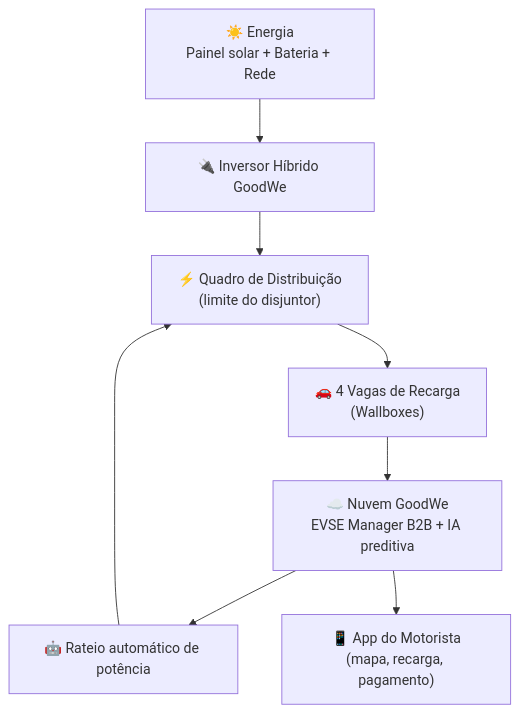
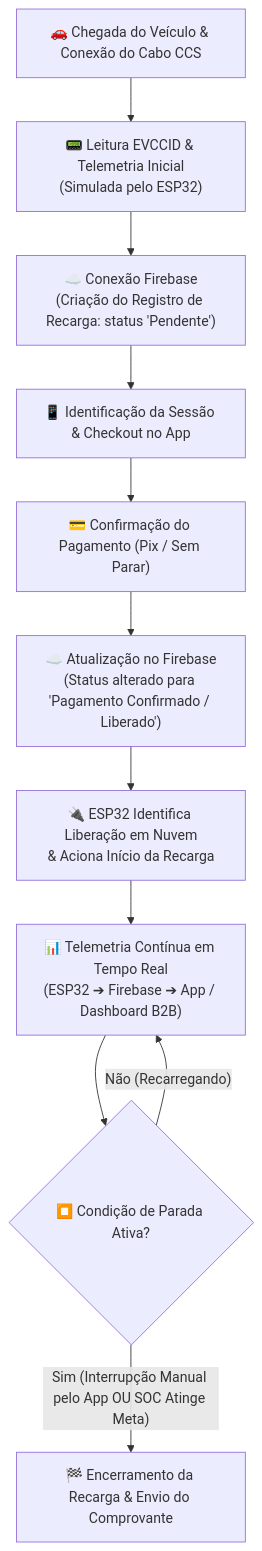
One commit to thiagosoalheiro/SPRINT_3_PROTOTIPAGEM_FUNCIONAL_E_INTEGRACAO changed the diagram in README.md. Above: the diagram before and after it, drawn with Mermaid. The commit also changed other lines of this file, not shown here.

First line of the commit message:
Revise architecture section and enhance flow details

````diff
--- a/README.md
+++ b/README.md
@@ -141,10 +141,14 @@
 ```mermaid
 flowchart TD
-    A["☀️ Energia<br>Painel solar + Bateria + Rede"] --> B["🔌 Inversor Híbrido GoodWe"]
-    B --> C["⚡ Quadro de Distribuição<br>(limite do disjuntor)"]
-    C --> D["🚗 4 Vagas de Recarga<br>(Wallboxes)"]
-    D --> E["☁️ Nuvem GoodWe<br>EVSE Manager B2B + IA preditiva"]
-    E --> F["🤖 Rateio automático de potência"]
-    F --> C
-    E --> G["📱 App do Motorista<br>(mapa, recarga, pagamento)"]
+    A["🚗 Chegada do Veículo & Conexão do Cabo CCS"] --> B["📟 Leitura EVCCID & Telemetria Inicial<br>(Simulada pelo ESP32)"]
+    B --> C["☁️ Conexão Firebase<br>(Criação do Registro de Recarga: status 'Pendente')"]
+    C --> D["📱 Identificação da Sessão & Checkout no App"]
+    D --> E["💳 Confirmação do Pagamento (Pix / Sem Parar)"]
+    E --> F["☁️ Atualização no Firebase<br>(Status alterado para 'Pagamento Confirmado / Liberado')"]
+    F --> G["🔌 ESP32 Identifica Liberação em Nuvem<br>& Aciona Início da Recarga"]
+    G --> H["📊 Telemetria Contínua em Tempo Real<br>(ESP32 ➔ Firebase ➔ App / Dashboard B2B)"]
+    H --> I{"⏹️ Condição de Parada Ativa?"}
+    I -- "Não (Recarregando)" --> H
+    I -- "Sim (Interrupção Manual pelo App OU SOC Atinge Meta)" --> J["🏁 Encerramento da Recarga & Envio do Comprovante"]
+
 ```
````
